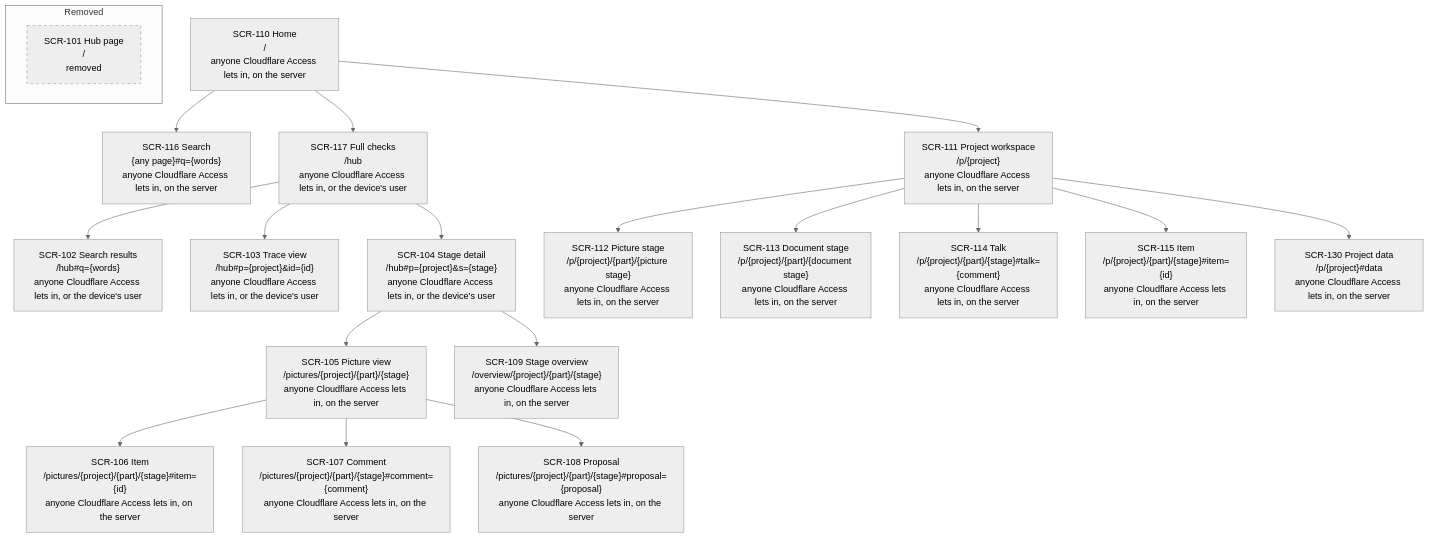
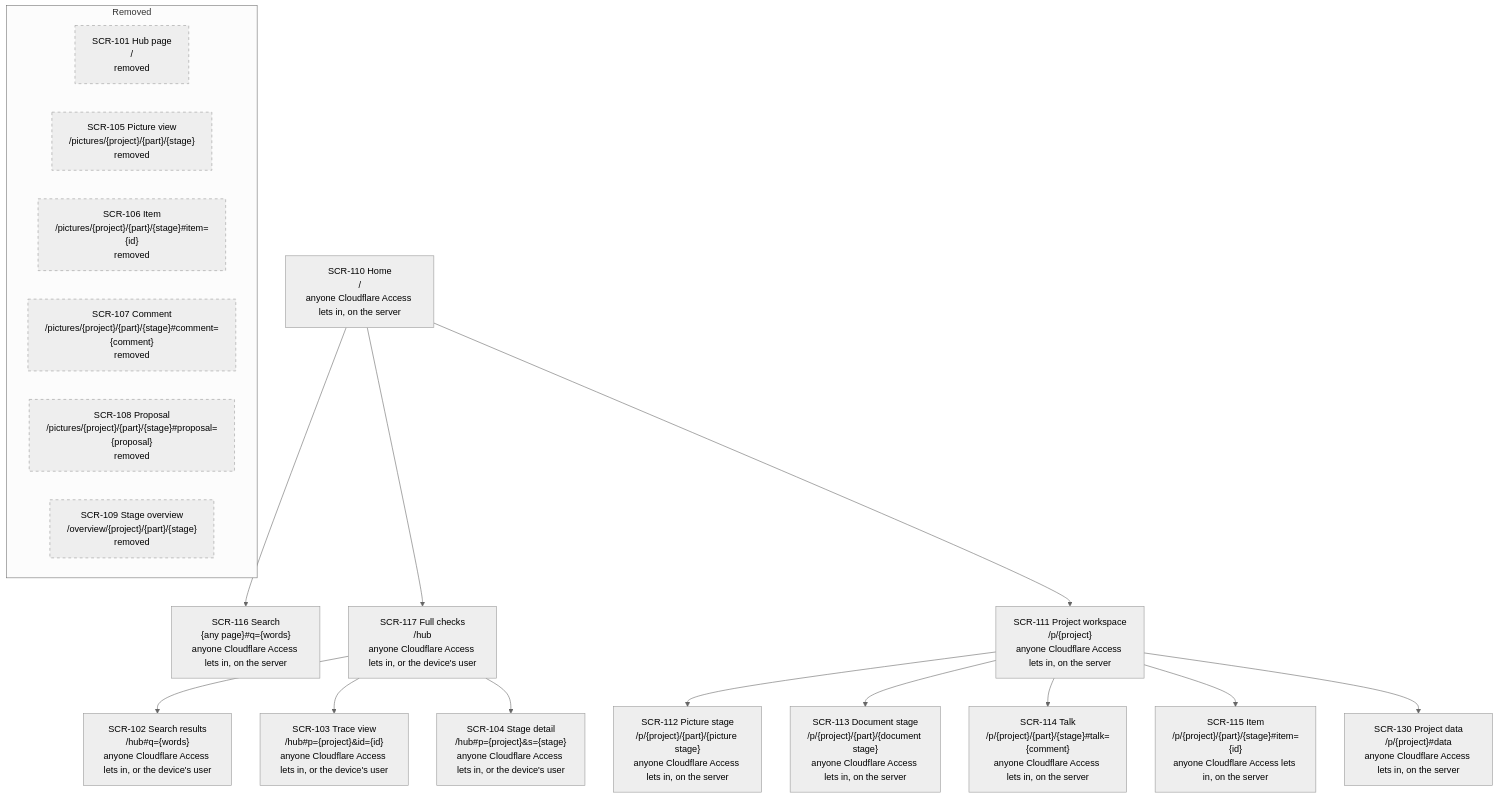
Before and after one commit to kodonghui/corthex-nexus: the diagram in docs/07-sitemap/nexus.md, drawn with Mermaid (neutral theme). The commit also changed other lines of this file and 19 other files, not shown here.

First line of the commit message:
docs(nexus): remove 0.2's screens from the sitemap and name the redesign's in five flows (TASK-278)

````diff
--- a/docs/07-sitemap/nexus.md
+++ b/docs/07-sitemap/nexus.md
@@ -57,24 +57,24 @@
 ```mermaid
 flowchart TD
   SCR110["SCR-110 Home<br/>/<br/>anyone Cloudflare Access lets in, on the server"]
   SCR110 --> SCR116["SCR-116 Search<br/>{any page}#q={words}<br/>anyone Cloudflare Access lets in, on the server"]
   SCR110 --> SCR117["SCR-117 Full checks<br/>/hub<br/>anyone Cloudflare Access lets in, or the device's user"]
   SCR117 --> SCR102["SCR-102 Search results<br/>/hub#q={words}<br/>anyone Cloudflare Access lets in, or the device's user"]
   SCR117 --> SCR103["SCR-103 Trace view<br/>/hub#p={project}&id={id}<br/>anyone Cloudflare Access lets in, or the device's user"]
   SCR117 --> SCR104["SCR-104 Stage detail<br/>/hub#p={project}&s={stage}<br/>anyone Cloudflare Access lets in, or the device's user"]
-  SCR104 --> SCR105["SCR-105 Picture view<br/>/pictures/{project}/{part}/{stage}<br/>anyone Cloudflare Access lets in, on the server"]
-  SCR105 --> SCR106["SCR-106 Item<br/>/pictures/{project}/{part}/{stage}#item={id}<br/>anyone Cloudflare Access lets in, on the server"]
-  SCR105 --> SCR107["SCR-107 Comment<br/>/pictures/{project}/{part}/{stage}#comment={comment}<br/>anyone Cloudflare Access lets in, on the server"]
-  SCR105 --> SCR108["SCR-108 Proposal<br/>/pictures/{project}/{part}/{stage}#proposal={proposal}<br/>anyone Cloudflare Access lets in, on the server"]
-  SCR104 --> SCR109["SCR-109 Stage overview<br/>/overview/{project}/{part}/{stage}<br/>anyone Cloudflare Access lets in, on the server"]
   SCR110 --> SCR111["SCR-111 Project workspace<br/>/p/{project}<br/>anyone Cloudflare Access lets in, on the server"]
   SCR111 --> SCR112["SCR-112 Picture stage<br/>/p/{project}/{part}/{picture stage}<br/>anyone Cloudflare Access lets in, on the server"]
   SCR111 --> SCR113["SCR-113 Document stage<br/>/p/{project}/{part}/{document stage}<br/>anyone Cloudflare Access lets in, on the server"]
   SCR111 --> SCR114["SCR-114 Talk<br/>/p/{project}/{part}/{stage}#talk={comment}<br/>anyone Cloudflare Access lets in, on the server"]
   SCR111 --> SCR115["SCR-115 Item<br/>/p/{project}/{part}/{stage}#item={id}<br/>anyone Cloudflare Access lets in, on the server"]
   SCR111 --> SCR130["SCR-130 Project data<br/>/p/{project}#data<br/>anyone Cloudflare Access lets in, on the server"]
   subgraph gone["Removed"]
     SCR101["SCR-101 Hub page<br/>/<br/>removed"]:::removed
+    SCR105["SCR-105 Picture view<br/>/pictures/{project}/{part}/{stage}<br/>removed"]:::removed
+    SCR106["SCR-106 Item<br/>/pictures/{project}/{part}/{stage}#item={id}<br/>removed"]:::removed
+    SCR107["SCR-107 Comment<br/>/pictures/{project}/{part}/{stage}#comment={comment}<br/>removed"]:::removed
+    SCR108["SCR-108 Proposal<br/>/pictures/{project}/{part}/{stage}#proposal={proposal}<br/>removed"]:::removed
+    SCR109["SCR-109 Stage overview<br/>/overview/{project}/{part}/{stage}<br/>removed"]:::removed
   end
   classDef removed stroke-dasharray: 5 5
 ```
````
